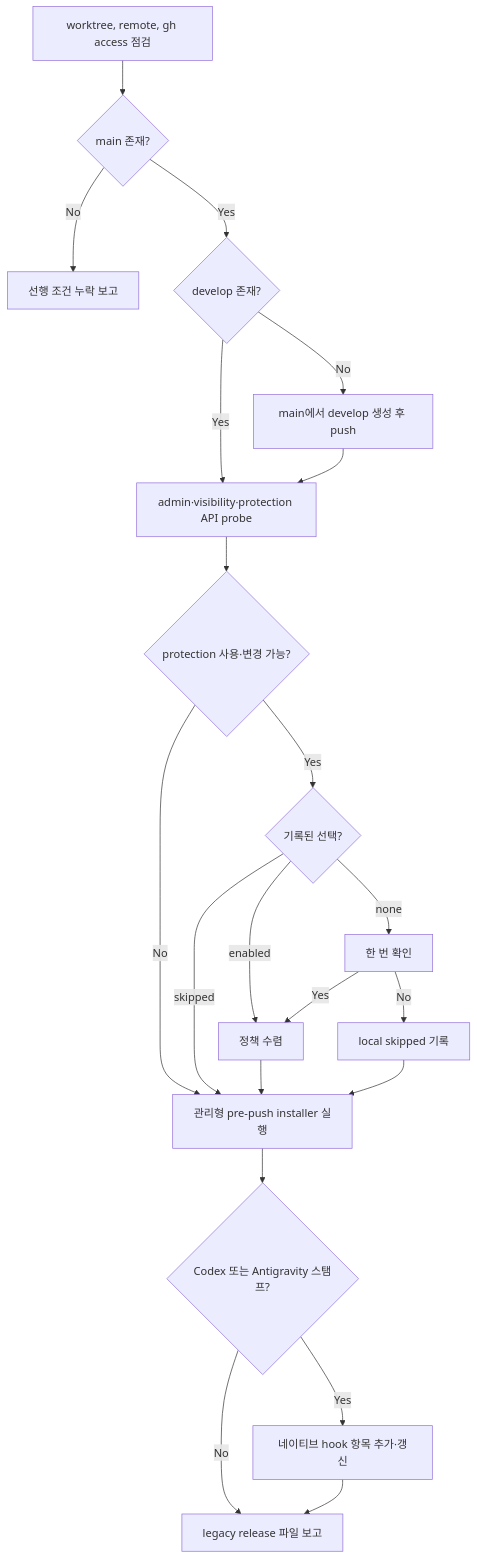
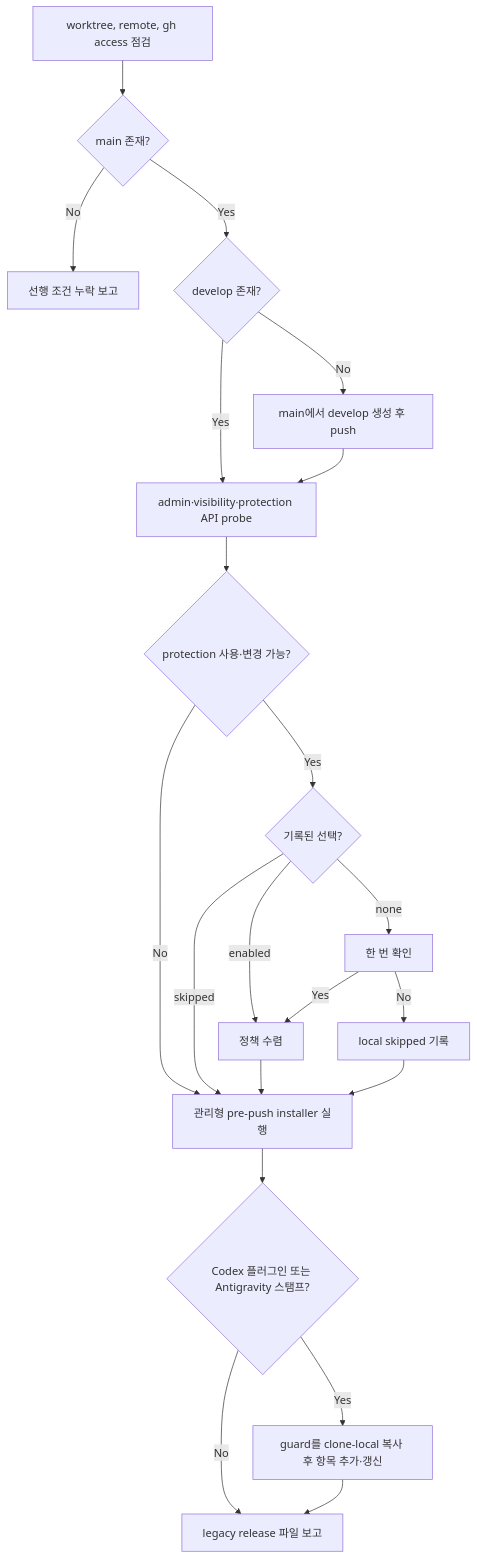
The diagram in docs/ko/skills/github-sync.md (0x0w1/jig), drawn with Mermaid before and after one commit. The commit also changed other lines of this file and 113 other files, not shown here.

````diff
--- a/docs/ko/skills/github-sync.md
+++ b/docs/ko/skills/github-sync.md
@@ -23,23 +24,23 @@
 ```mermaid
 flowchart TD
     Inspect[worktree, remote, gh access 점검] --> Main{main 존재?}
     Main -- No --> Stop[선행 조건 누락 보고]
     Main -- Yes --> Develop{develop 존재?}
     Develop -- No --> Create[main에서 develop 생성 후 push]
     Develop -- Yes --> Probe
     Create --> Probe[admin·visibility·protection API probe]
     Probe --> Available{protection 사용·변경 가능?}
     Available -- No --> Guard[관리형 pre-push installer 실행]
     Available -- Yes --> Choice{기록된 선택?}
     Choice -- enabled --> Apply[정책 수렴]
     Choice -- skipped --> Guard
     Choice -- none --> Ask[한 번 확인]
     Ask -- Yes --> Apply
     Ask -- No --> Record[local skipped 기록]
     Apply --> Guard
     Record --> Guard
-    Guard --> Hosts{Codex 또는 Antigravity 스탬프?}
-    Hosts -- Yes --> Native[네이티브 hook 항목 추가·갱신]
+    Guard --> Hosts{Codex 플러그인 또는 Antigravity 스탬프?}
+    Hosts -- Yes --> Native[guard를 clone-local 복사 후 항목 추가·갱신]
     Hosts -- No --> Legacy
     Native --> Legacy[legacy release 파일 보고]
 ```
````
